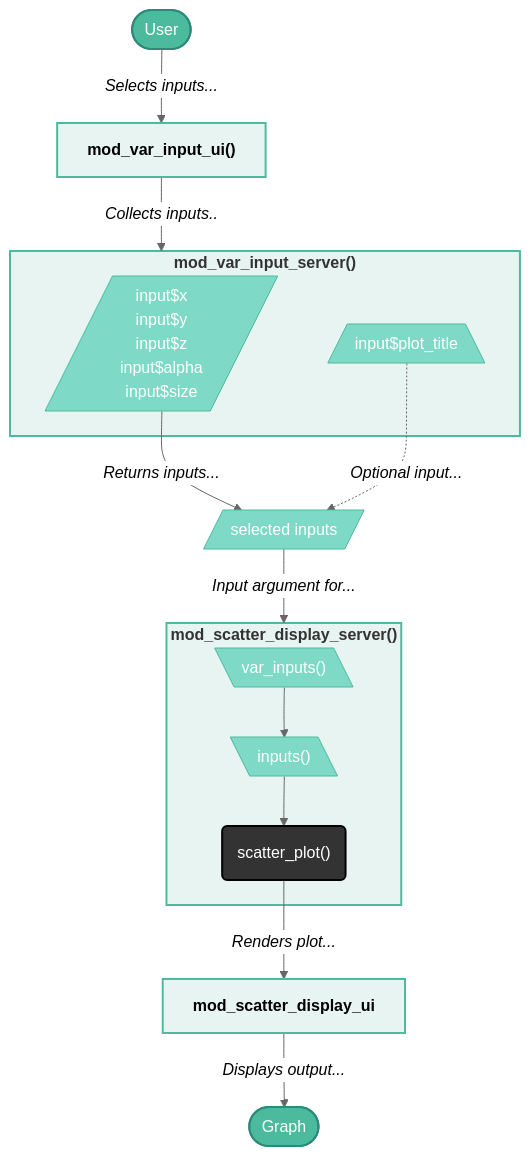
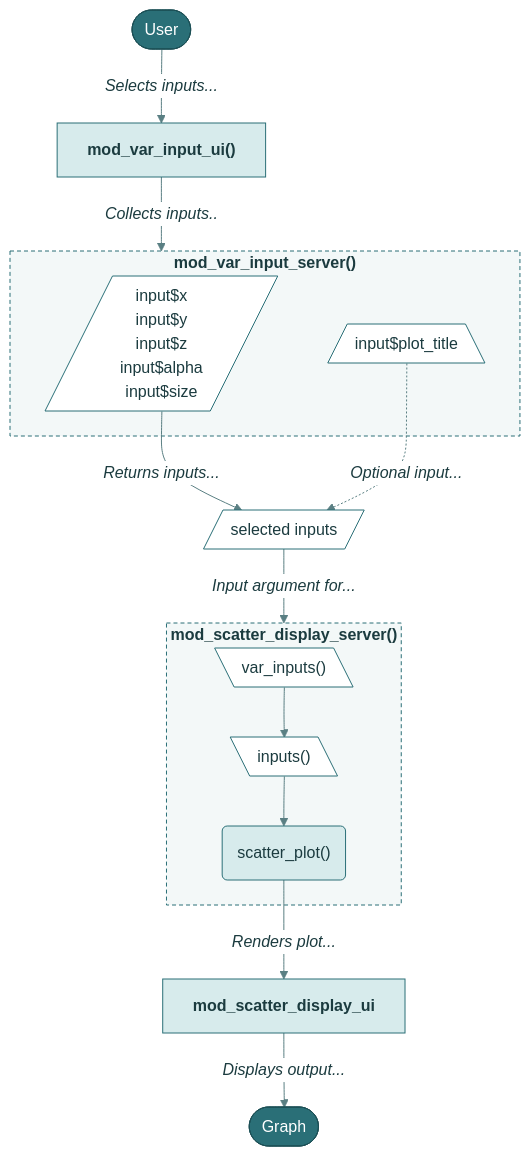
The second of 3 diagrams in shiny.qmd (mjfrigaard/shiny-app-pkgs), drawn with Mermaid before and after one commit. The commit also changed other lines of this file and 22 other files, not shown here.

First line of the commit message:
Standardize mermaid diagrams on the site teal palette

````diff
--- a/shiny.qmd
+++ b/shiny.qmd
@@ -751,42 +742,39 @@
 ```{mermaid}
 %%| fig-align: center
 %%| fig-cap: 'Display module'
-%%{init: {'theme': 'neutral', 'themeVariables': { 'fontFamily': 'monospace', "fontSize":"16px"}}}%%
+%%{init: {'theme': 'base', 'themeVariables': { 'fontFamily': 'monospace', "fontSize":"16px", "primaryColor":"#D7EBEC", "primaryTextColor":"#1B3B3F", "primaryBorderColor":"#2A6F77", "lineColor":"#5A7F83", "edgeLabelBackground":"#FFFFFF", "clusterBkg":"#F3F8F8", "clusterBorder":"#2A6F77", "darkMode":false}}}%%
 flowchart TD
     User(["User"])
     mod_var_input_ui["<strong>mod_var_input_ui()</strong>"]
     mod_scatter_display_ui["<strong>mod_scatter_display_ui</strong>"] 
     
     subgraph mod_scatter_display_server["<strong>mod_scatter_display_server()</strong>"]
         var_inputs[\"var_inputs()"\]
         inputs[\"inputs()"\]
         scatter_plot("scatter_plot()")
     end
     
     subgraph mod_var_input_server["<strong>mod_var_input_server()</strong>"]
         Reactives[/"input$x<br>input$y<br>input$z<br>input$alpha<br>input$size"/]
         Title[/"input$plot_title"\]
     end
     
     User --> |"<em>Selects inputs...</em>"|mod_var_input_ui
     mod_var_input_ui --> |"<em>Collects inputs..</em>"|mod_var_input_server
     Reactives -->|"<em>Returns inputs...</em>"|selected_vars
     Title -.-> |"<em>Optional input...</em>"|selected_vars
     selected_vars[/"selected inputs"/] -->|"<em>Input argument for...</em>"|mod_scatter_display_server
     var_inputs --> inputs --> scatter_plot
     scatter_plot -->|"<em>Renders plot...</em>"|mod_scatter_display_ui
     mod_scatter_display_ui -->|"<em>Displays output...</em>"|Display(["Graph"])
-    
-    style User fill:#4CBB9D,color:#fff,stroke:#2d8a7a,stroke-width:2px
-    style Display fill:#4CBB9D,color:#fff,stroke:#2d8a7a,stroke-width:2px
-    style selected_vars fill:#7fd9c7,color:#fff,stroke:#4CBB9D,stroke-width:1px
-    style mod_scatter_display_ui fill:#e8f4f1,stroke:#4CBB9D,stroke-width:2px
-    style mod_scatter_display_server fill:#e8f4f1,stroke:#4CBB9D,stroke-width:2px
-    style mod_var_input_ui fill:#e8f4f1,stroke:#4CBB9D,stroke-width:2px
-    style mod_var_input_server fill:#e8f4f1,stroke:#4CBB9D,stroke-width:2px
-    style scatter_plot fill:#333,color:#fff,stroke:#000,stroke-width:2px
-    style var_inputs fill:#7fd9c7,color:#fff,stroke:#4CBB9D,stroke-width:1px
-    style inputs fill:#7fd9c7,color:#fff,stroke:#4CBB9D,stroke-width:1px
-    style Reactives fill:#7fd9c7,color:#fff,stroke:#4CBB9D,stroke-width:1px
-    style Title fill:#7fd9c7,color:#fff,stroke:#4CBB9D,stroke-width:1px
+
+    classDef term fill:#2A6F77,color:#FFFFFF,stroke:#1B4F55,stroke-width:1px
+    classDef step fill:#D7EBEC,color:#1B3B3F,stroke:#2A6F77,stroke-width:1px
+    classDef decision fill:#F4C26B,color:#3D2A00,stroke:#B7832B,stroke-width:1px
+    classDef io fill:#FFFFFF,color:#1B3B3F,stroke:#2A6F77,stroke-width:1px
+    class User,Display term
+    class mod_var_input_ui,mod_scatter_display_ui,scatter_plot step
+    class var_inputs,inputs,Reactives,Title,selected_vars io
+    style mod_scatter_display_server fill:#F3F8F8,color:#1B3B3F,stroke:#2A6F77,stroke-width:1px,stroke-dasharray:4 3
+    style mod_var_input_server fill:#F3F8F8,color:#1B3B3F,stroke:#2A6F77,stroke-width:1px,stroke-dasharray:4 3
 ```
````
